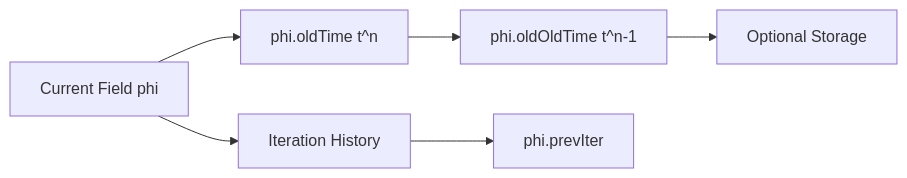
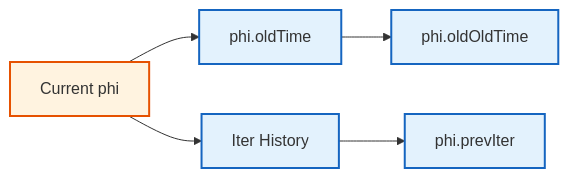
The third of 4 diagrams in MODULE_05_OPENFOAM_PROGRAMMING/CONTENT/05_FIELDS_GEOMETRICFIELDS/05_Mathematical_Type_Theory.md (wramet/build-my-cfd), drawn with Mermaid before and after one commit. The commit also changed other lines of this file and 313 other files, not shown here.

Commit message:
Revise all diagram

````diff
--- a/MODULE_05_OPENFOAM_PROGRAMMING/CONTENT/05_FIELDS_GEOMETRICFIELDS/05_Mathematical_Type_Theory.md
+++ b/MODULE_05_OPENFOAM_PROGRAMMING/CONTENT/05_FIELDS_GEOMETRICFIELDS/05_Mathematical_Type_Theory.md
@@ -203,8 +210,11 @@
 ```mermaid
 flowchart LR
-    A[Current Field phi] --> B[phi.oldTime t^n]
-    B --> C[phi.oldOldTime t^n-1]
-    C --> D[Optional Storage]
-    A --> E[Iteration History]
-    E --> F[phi.prevIter]
+%% Classes
+classDef explicit fill:#fff3e0,stroke:#e65100,stroke-width:2px;
+classDef implicit fill:#e3f2fd,stroke:#1565c0,stroke-width:2px;
+%% Nodes
+A[Current phi]:::explicit --> B[phi.oldTime]:::implicit
+B --> C[phi.oldOldTime]:::implicit
+A --> E[Iter History]:::implicit
+E --> F[phi.prevIter]:::implicit
 ```
````
